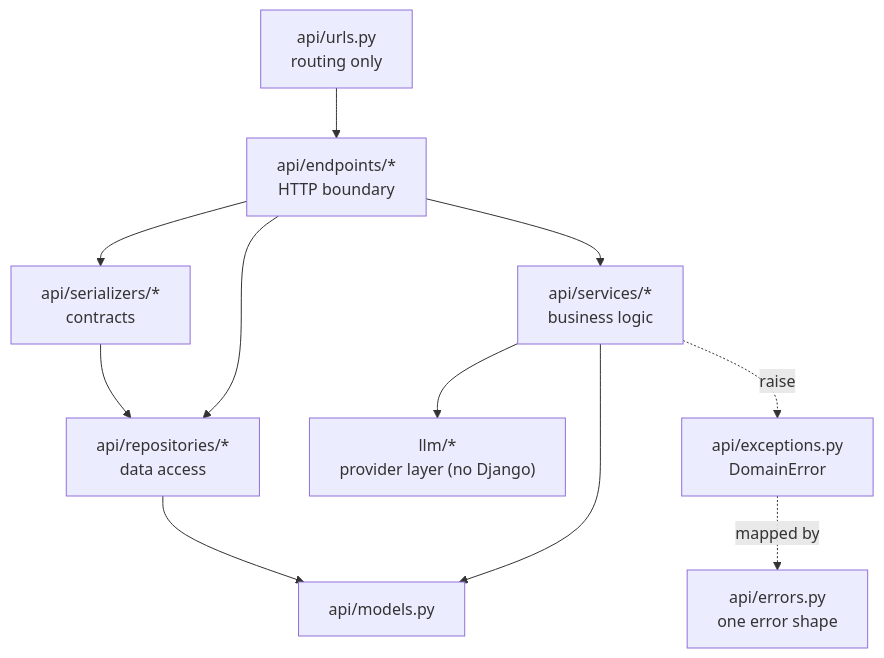
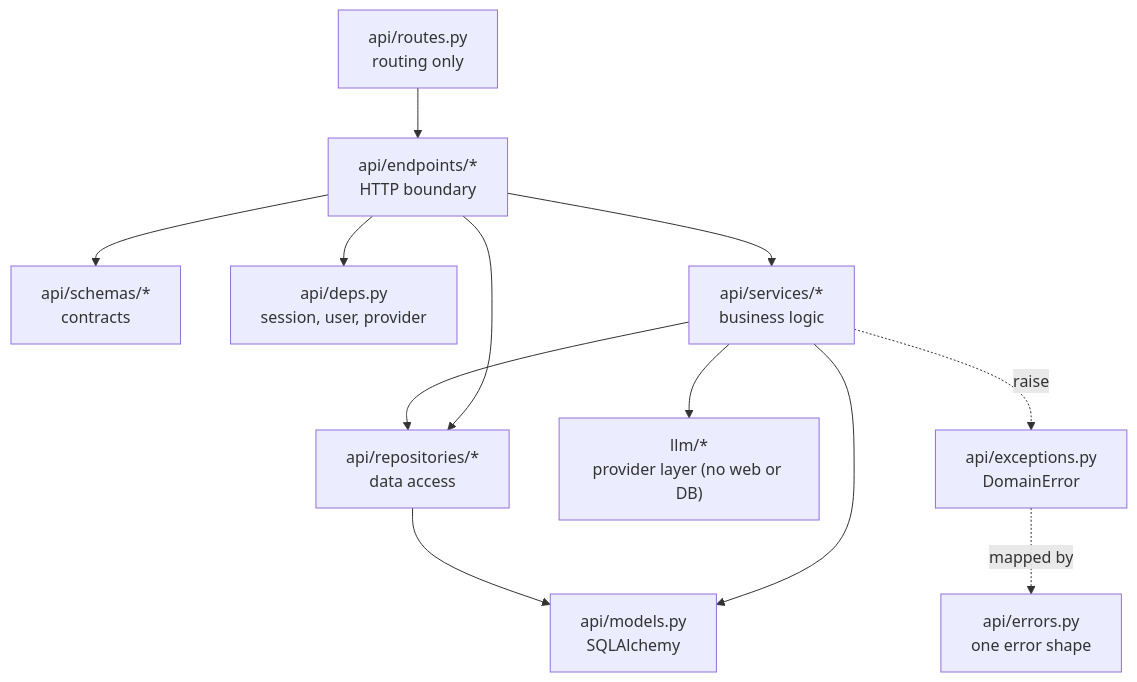
The second of 4 diagrams in docs/architecture.md (Fezzaioussama/AIMIx), drawn with Mermaid before and after one commit. The commit also changed other lines of this file and 87 other files, not shown here.

````diff
--- a/docs/architecture.md
+++ b/docs/architecture.md
@@ -18,13 +18,14 @@
 ```mermaid
 graph TD
-    urls["api/urls.py<br/>routing only"] --> endpoints
-    endpoints["api/endpoints/*<br/>HTTP boundary"] --> serializers["api/serializers/*<br/>contracts"]
+    routes["api/routes.py<br/>routing only"] --> endpoints
+    endpoints["api/endpoints/*<br/>HTTP boundary"] --> schemas["api/schemas/*<br/>contracts"]
+    endpoints --> deps["api/deps.py<br/>session, user, provider"]
     endpoints --> services["api/services/*<br/>business logic"]
-    endpoints --> repositories
-    serializers --> repositories["api/repositories/*<br/>data access"]
-    services --> models["api/models.py"]
+    endpoints --> repositories["api/repositories/*<br/>data access"]
+    services --> repositories
+    services --> models["api/models.py<br/>SQLAlchemy"]
     repositories --> models
-    services --> llm["llm/*<br/>provider layer (no Django)"]
+    services --> llm["llm/*<br/>provider layer (no web or DB)"]
     services -. raise .-> exceptions["api/exceptions.py<br/>DomainError"]
     exceptions -. mapped by .-> errors["api/errors.py<br/>one error shape"]
 ```
````
